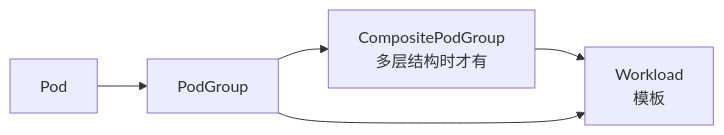
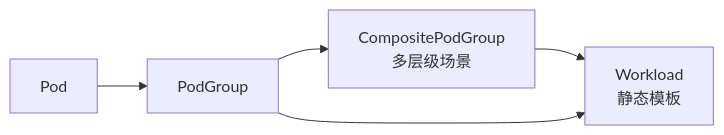
Before and after one commit to JesseStutler/volcano: the first of 11 diagrams in docs/research/k8s-workload-aware-scheduling-vs-volcano-cn.md, drawn with Mermaid. The commit also changed other lines of this file and 1 other file, not shown here.

````diff
--- a/docs/research/k8s-workload-aware-scheduling-vs-volcano-cn.md
+++ b/docs/research/k8s-workload-aware-scheduling-vs-volcano-cn.md
@@ -80,12 +77,12 @@
 ```mermaid
 flowchart LR
     Pod["Pod"]
     PG["PodGroup"]
-    CPG["CompositePodGroup<br/>多层结构时才有"]
-    W["Workload<br/>模板"]
+    CPG["CompositePodGroup<br/>多层级场景"]
+    W["Workload<br/>静态模板"]
 
     Pod --> PG
     PG --> CPG
     CPG --> W
     PG --> W
 ```
````
